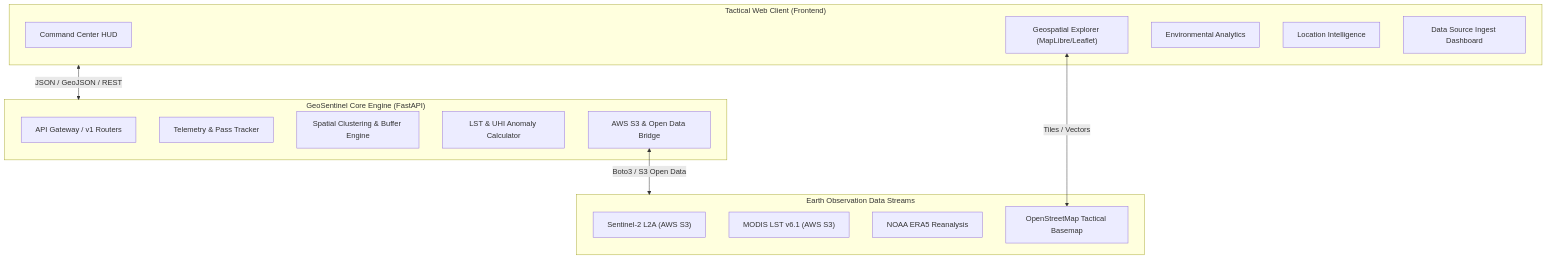
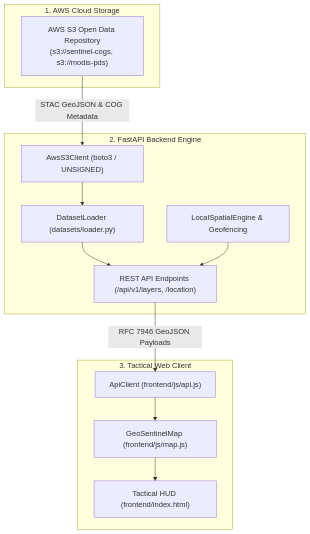
One commit to ASingha165/GeoSentinel changed the diagram in README.md. Above: the diagram before and after it, drawn with Mermaid. The commit also changed other lines of this file and 17 other files, not shown here.

Commit message:
feat(aws): integrate authentic S3 Sentinel-2 STAC data stream, dynamic map layer rendering, and location place search

````diff
--- a/README.md
+++ b/README.md
@@ -22,29 +29,27 @@
 ```mermaid
 flowchart TD
-    subgraph UI ["Tactical Web Client (Frontend)"]
-        CC["Command Center HUD"]
-        GE["Geospatial Explorer (MapLibre/Leaflet)"]
-        EA["Environmental Analytics"]
-        LI["Location Intelligence"]
-        DS["Data Source Ingest Dashboard"]
+    subgraph Cloud ["1. AWS Cloud Storage"]
+        S3["AWS S3 Open Data Repository<br/>(s3://sentinel-cogs, s3://modis-pds)"]
     end
 
-    subgraph API ["GeoSentinel Core Engine (FastAPI)"]
-        Router["API Gateway / v1 Routers"]
-        TelService["Telemetry & Pass Tracker"]
-        SpatialEngine["Spatial Clustering & Buffer Engine"]
-        EnvEngine["LST & UHI Anomaly Calculator"]
-        AWSService["AWS S3 & Open Data Bridge"]
+    subgraph Backend ["2. FastAPI Backend Engine"]
+        S3Client["AwsS3Client (boto3 / UNSIGNED)"]
+        Loader["DatasetLoader (datasets/loader.py)"]
+        Spatial["LocalSpatialEngine & Geofencing"]
+        Endpoints["REST API Endpoints (/api/v1/layers, /location)"]
     end
 
-    subgraph External ["Earth Observation Data Streams"]
-        S2["Sentinel-2 L2A (AWS S3)"]
-        MODIS["MODIS LST v6.1 (AWS S3)"]
-        NOAA["NOAA ERA5 Reanalysis"]
-        OSM["OpenStreetMap Tactical Basemap"]
+    subgraph Frontend ["3. Tactical Web Client"]
+        API["ApiClient (frontend/js/api.js)"]
+        MapEngine["GeoSentinelMap (frontend/js/map.js)"]
+        HUD["Tactical HUD (frontend/index.html)"]
     end
 
-    UI <-->|JSON / GeoJSON / REST| API
-    AWSService <-->|Boto3 / S3 Open Data| External
-    GE <-->|Tiles / Vectors| OSM
+    S3 -->|STAC GeoJSON & COG Metadata| S3Client
+    S3Client --> Loader
+    Loader --> Endpoints
+    Spatial --> Endpoints
+    Endpoints -->|RFC 7946 GeoJSON Payloads| API
+    API --> MapEngine
+    MapEngine --> HUD
 ```
````
